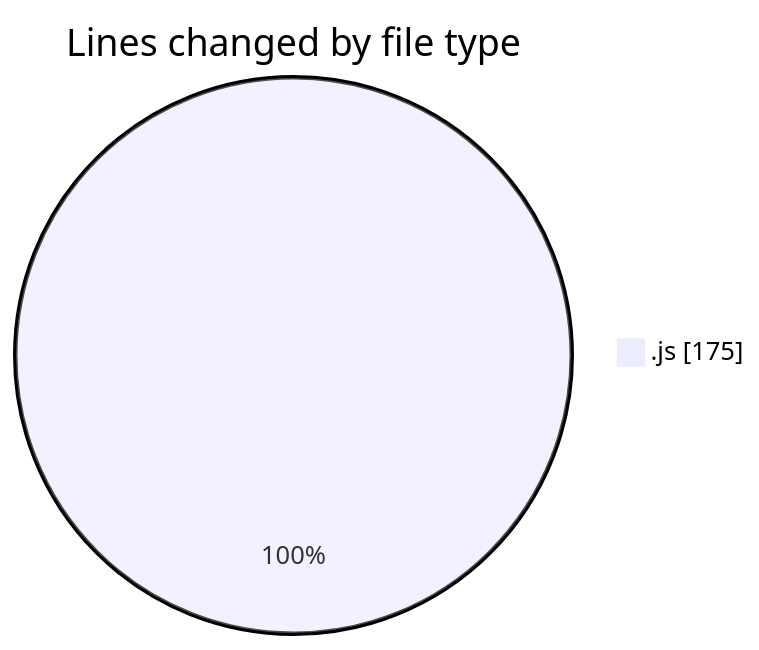
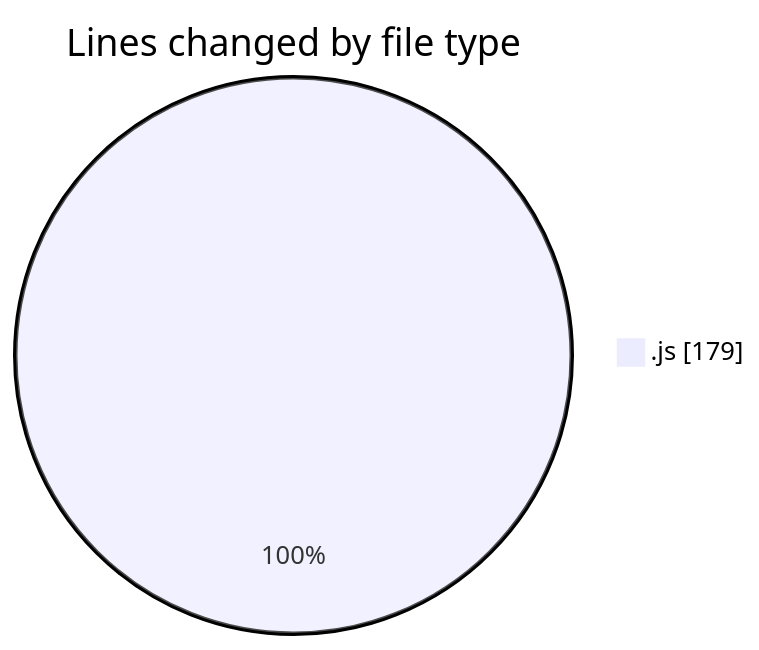
Before and after one commit to Ritupan-Deka/code-tracking: the first of 2 diagrams in 2025-08-09/javascript/README.md, drawn with Mermaid. The commit also changed other lines of this file and 1 other file, not shown here.

````diff
--- a/2025-08-09/javascript/README.md
+++ b/2025-08-09/javascript/README.md
@@ -20,5 +20,5 @@
 ```mermaid
 pie showData
 title Lines changed by file type
-".js" : 175
+".js" : 179
 ```
````
